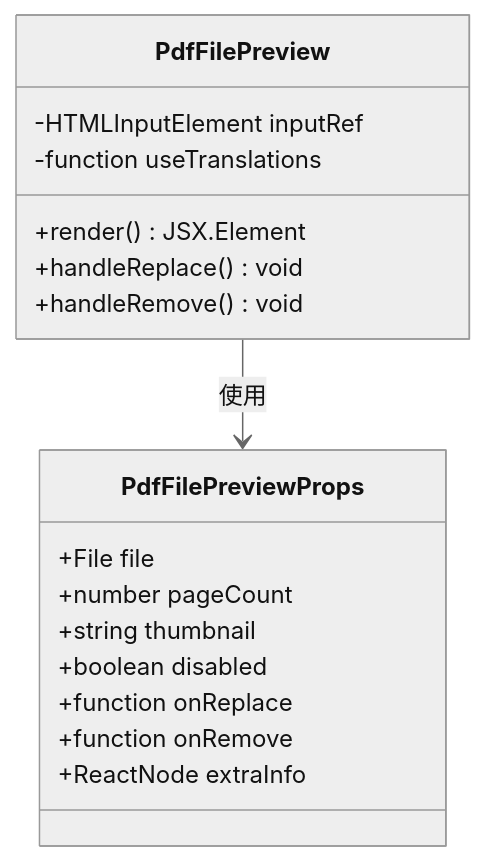
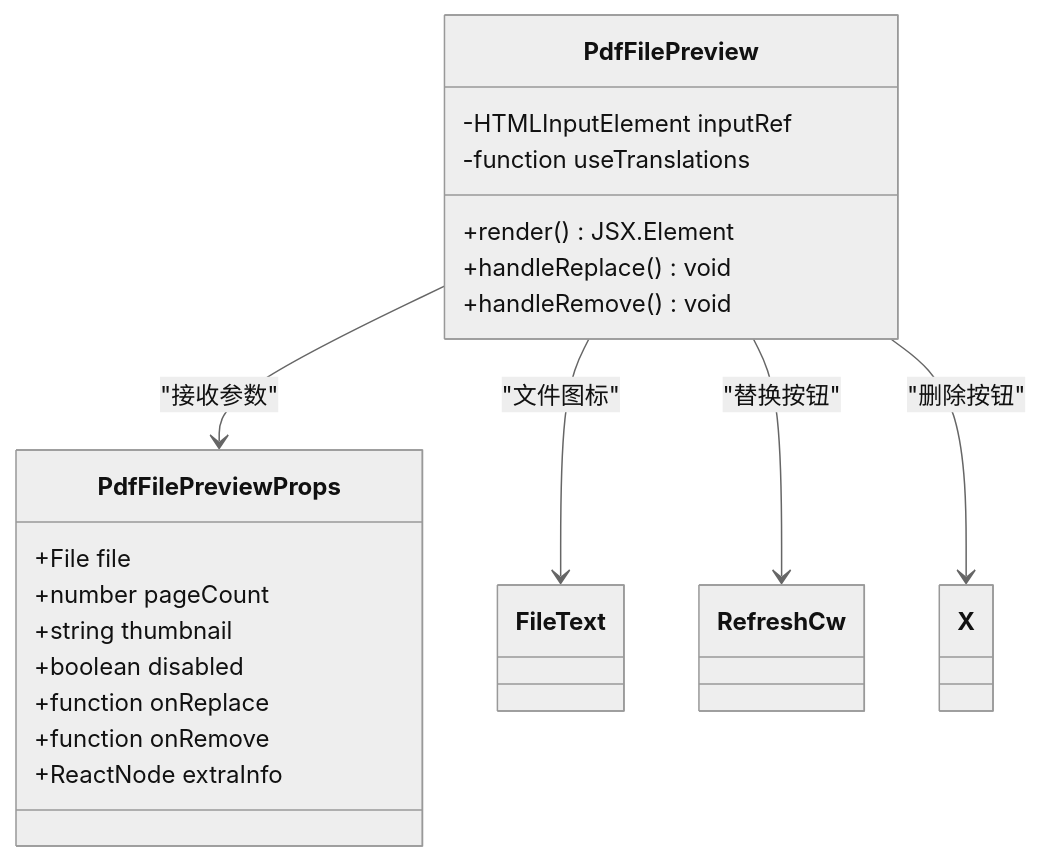
The third of 7 diagrams in .qoder/repowiki/zh/content/UI组件系统/共享组件/PDF文件预览组件.md (sgyy/privadeck), drawn with Mermaid (neutral theme) before and after one commit. The commit also changed other lines of this file and 48 other files, not shown here.

````diff
--- a/.qoder/repowiki/zh/content/UI组件系统/共享组件/PDF文件预览组件.md
+++ b/.qoder/repowiki/zh/content/UI组件系统/共享组件/PDF文件预览组件.md
@@ -177,20 +170,23 @@
 ```mermaid
 classDiagram
 class PdfFilePreviewProps {
 +File file
 +number pageCount
 +string thumbnail
 +boolean disabled
 +function onReplace
 +function onRemove
 +ReactNode extraInfo
 }
 class PdfFilePreview {
 -HTMLInputElement inputRef
 -function useTranslations
 +render() JSX.Element
 +handleReplace() void
 +handleRemove() void
 }
-PdfFilePreview --> PdfFilePreviewProps : 使用
+PdfFilePreview --> PdfFilePreviewProps : "接收参数"
+PdfFilePreview --> FileText : "文件图标"
+PdfFilePreview --> RefreshCw : "替换按钮"
+PdfFilePreview --> X : "删除按钮"
 ```
````
